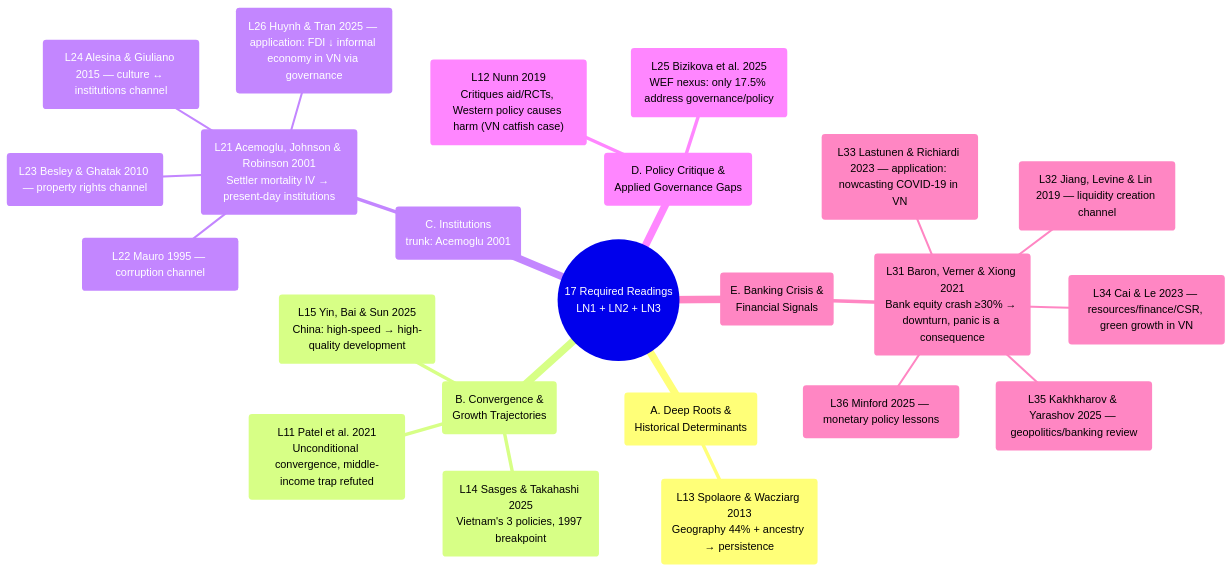
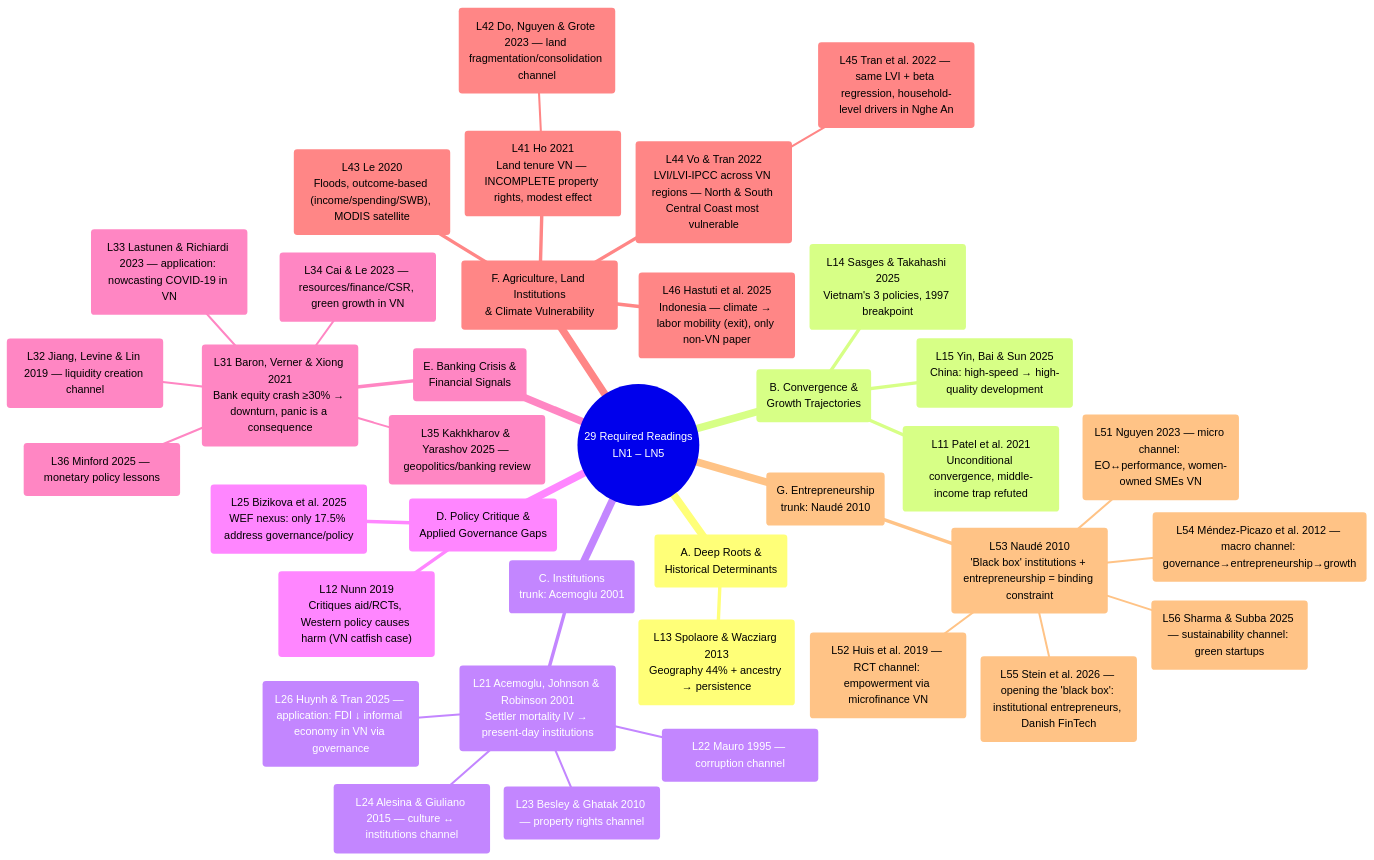
One commit to tctruc79/32dbc_wiki changed the diagram in content-en/synthesis/all-papers-mindmap.md. Above: the diagram before and after it, drawn with Mermaid. The commit also changed other lines of this file and 41 other files, not shown here.

First line of the commit message:
sync: publish LN4 (Agriculture, Climate Change & Natural Disasters) + LN5 (Entrepreneurship & Economic Development)

````diff
--- a/content-en/synthesis/all-papers-mindmap.md
+++ b/content-en/synthesis/all-papers-mindmap.md
@@ -23,26 +26,40 @@
 ```mermaid
 mindmap
-  root(("17 Required Readings<br/>LN1 + LN2 + LN3"))
+  root(("29 Required Readings<br/>LN1 – LN5"))
     ("A. Deep Roots &amp;<br/>Historical Determinants")
       ("L13 Spolaore &amp; Wacziarg 2013<br/>Geography 44% + ancestry → persistence")
     ("B. Convergence &amp;<br/>Growth Trajectories")
       ("L11 Patel et al. 2021<br/>Unconditional convergence, middle-income trap refuted")
       ("L14 Sasges &amp; Takahashi 2025<br/>Vietnam's 3 policies, 1997 breakpoint")
       ("L15 Yin, Bai &amp; Sun 2025<br/>China: high-speed → high-quality development")
     ("C. Institutions<br/>trunk: Acemoglu 2001")
       ("L21 Acemoglu, Johnson &amp; Robinson 2001<br/>Settler mortality IV → present-day institutions")
         ("L22 Mauro 1995 — corruption channel")
         ("L23 Besley &amp; Ghatak 2010 — property rights channel")
         ("L24 Alesina &amp; Giuliano 2015 — culture ↔ institutions channel")
         ("L26 Huynh &amp; Tran 2025 — application: FDI ↓ informal economy in VN via governance")
     ("D. Policy Critique &amp;<br/>Applied Governance Gaps")
       ("L12 Nunn 2019<br/>Critiques aid/RCTs, Western policy causes harm (VN catfish case)")
       ("L25 Bizikova et al. 2025<br/>WEF nexus: only 17.5% address governance/policy")
     ("E. Banking Crisis &amp;<br/>Financial Signals")
       ("L31 Baron, Verner &amp; Xiong 2021<br/>Bank equity crash ≥30% → downturn, panic is a consequence")
         ("L32 Jiang, Levine &amp; Lin 2019 — liquidity creation channel")
         ("L33 Lastunen &amp; Richiardi 2023 — application: nowcasting COVID-19 in VN")
         ("L34 Cai &amp; Le 2023 — resources/finance/CSR, green growth in VN")
         ("L35 Kakhkharov &amp; Yarashov 2025 — geopolitics/banking review")
         ("L36 Minford 2025 — monetary policy lessons")
+    ("F. Agriculture, Land Institutions<br/>&amp; Climate Vulnerability")
+      ("L41 Ho 2021<br/>Land tenure VN — INCOMPLETE property rights, modest effect")
+        ("L42 Do, Nguyen &amp; Grote 2023 — land fragmentation/consolidation channel")
+      ("L43 Le 2020<br/>Floods, outcome-based (income/spending/SWB), MODIS satellite")
+      ("L44 Vo &amp; Tran 2022<br/>LVI/LVI-IPCC across VN regions — North &amp; South Central Coast most vulnerable")
+        ("L45 Tran et al. 2022 — same LVI + beta regression, household-level drivers in Nghe An")
+      ("L46 Hastuti et al. 2025<br/>Indonesia — climate → labor mobility (exit), only non-VN paper")
+    ("G. Entrepreneurship<br/>trunk: Naudé 2010")
+      ("L53 Naudé 2010<br/>'Black box' institutions + entrepreneurship = binding constraint")
+        ("L51 Nguyen 2023 — micro channel: EO↔performance, women-owned SMEs VN")
+        ("L52 Huis et al. 2019 — RCT channel: empowerment via microfinance VN")
+        ("L54 Méndez-Picazo et al. 2012 — macro channel: governance→entrepreneurship→growth")
+        ("L55 Stein et al. 2026 — opening the 'black box': institutional entrepreneurs, Danish FinTech")
+        ("L56 Sharma &amp; Subba 2025 — sustainability channel: green startups")
 ```
````
